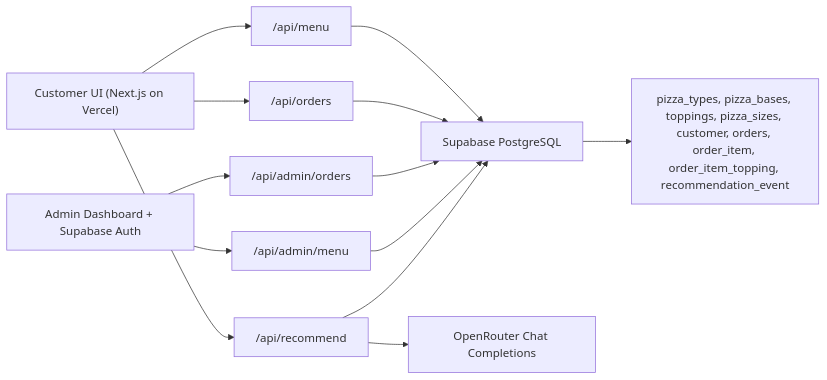
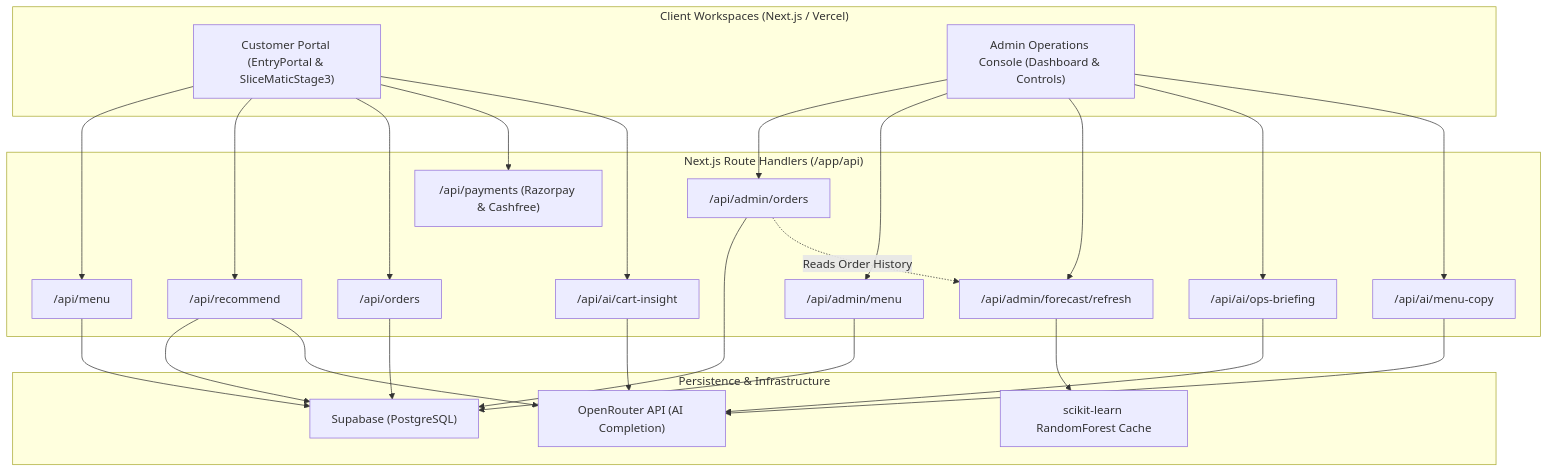
The diagram in FullStack/README.md (anshulghogre4/Slicematic), drawn with Mermaid before and after one commit. The commit also changed other lines of this file and 1 other file, not shown here.

Commit message:
updated the architecture diagrams and read me

````diff
--- a/FullStack/README.md
+++ b/FullStack/README.md
@@ -7,15 +7,61 @@
 ```mermaid
-flowchart LR
-  Customer["Customer UI (Next.js on Vercel)"] --> MenuAPI["/api/menu"]
-  Customer --> RecommendAPI["/api/recommend"]
-  Customer --> OrdersAPI["/api/orders"]
-  Admin["Admin Dashboard + Supabase Auth"] --> AdminAPI["/api/admin/orders"]
-  Admin --> MenuAdminAPI["/api/admin/menu"]
-  MenuAPI --> Supabase["Supabase PostgreSQL"]
+flowchart TD
+  %% Workspaces
+  subgraph ClientWorkspaces["Client Workspaces (Next.js / Vercel)"]
+    CustomerUI["Customer Portal (EntryPortal & SliceMaticStage3)"]
+    AdminUI["Admin Operations Console (Dashboard & Controls)"]
+  end
+
+  %% API Routing
+  subgraph APIRoutes["Next.js Route Handlers (/app/api)"]
+    MenuAPI["/api/menu"]
+    OrdersAPI["/api/orders"]
+    RecommendAPI["/api/recommend"]
+    PaymentsAPI["/api/payments (Razorpay & Cashfree)"]
+    
+    AdminOrdersAPI["/api/admin/orders"]
+    AdminMenuAPI["/api/admin/menu"]
+    ForecastAPI["/api/admin/forecast/refresh"]
+    
+    AIOpsAPI["/api/ai/ops-briefing"]
+    AICartAPI["/api/ai/cart-insight"]
+    AIMenuAPI["/api/ai/menu-copy"]
+  end
+
+  %% Data & Services
+  subgraph DataLayer["Persistence & Infrastructure"]
+    Supabase["Supabase (PostgreSQL)"]
+    OpenRouter["OpenRouter API (AI Completion)"]
+    MLCache["scikit-learn RandomForest Cache"]
+  end
+
+  %% UI Connections
+  CustomerUI --> MenuAPI
+  CustomerUI --> RecommendAPI
+  CustomerUI --> OrdersAPI
+  CustomerUI --> PaymentsAPI
+  CustomerUI --> AICartAPI
+
+  AdminUI --> AdminOrdersAPI
+  AdminUI --> AdminMenuAPI
+  AdminUI --> ForecastAPI
+  AdminUI --> AIOpsAPI
+  AdminUI --> AIMenuAPI
+
+  %% API to DB Connections
+  MenuAPI --> Supabase
   OrdersAPI --> Supabase
-  AdminAPI --> Supabase
-  MenuAdminAPI --> Supabase
   RecommendAPI --> Supabase
-  RecommendAPI --> OpenRouter["OpenRouter Chat Completions"]
-  Supabase --> Tables["pizza_types, pizza_bases, toppings, pizza_sizes, customer, orders, order_item, order_item_topping, recommendation_event"]
+  AdminOrdersAPI --> Supabase
+  AdminMenuAPI --> Supabase
+  
+  %% AI to OpenRouter
+  RecommendAPI --> OpenRouter
+  AIOpsAPI --> OpenRouter
+  AICartAPI --> OpenRouter
+  AIMenuAPI --> OpenRouter
+  
+  %% ML Forecast
+  ForecastAPI --> MLCache
+  AdminOrdersAPI -.->|Reads Order History| ForecastAPI
 ```
````
